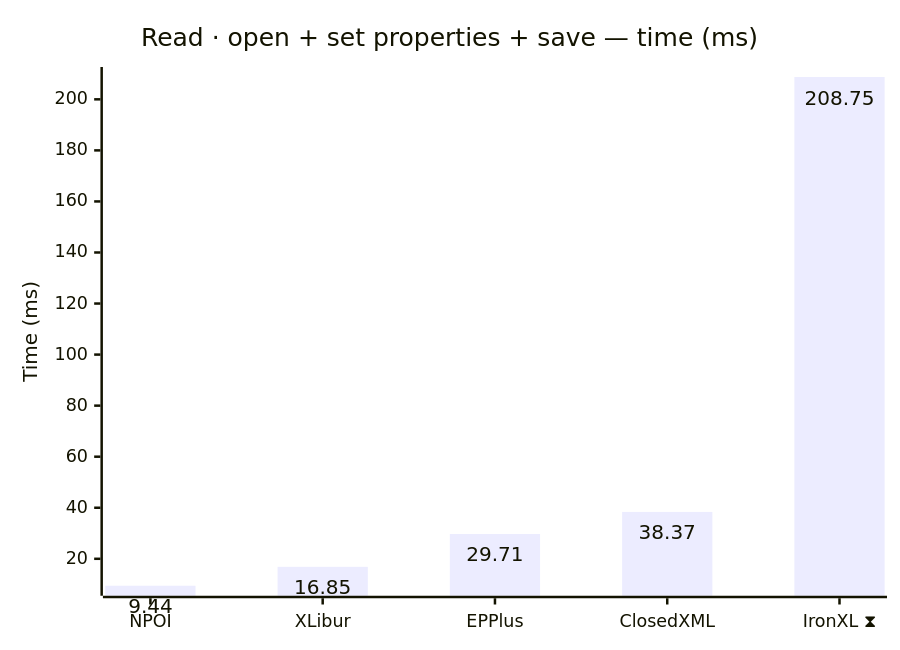
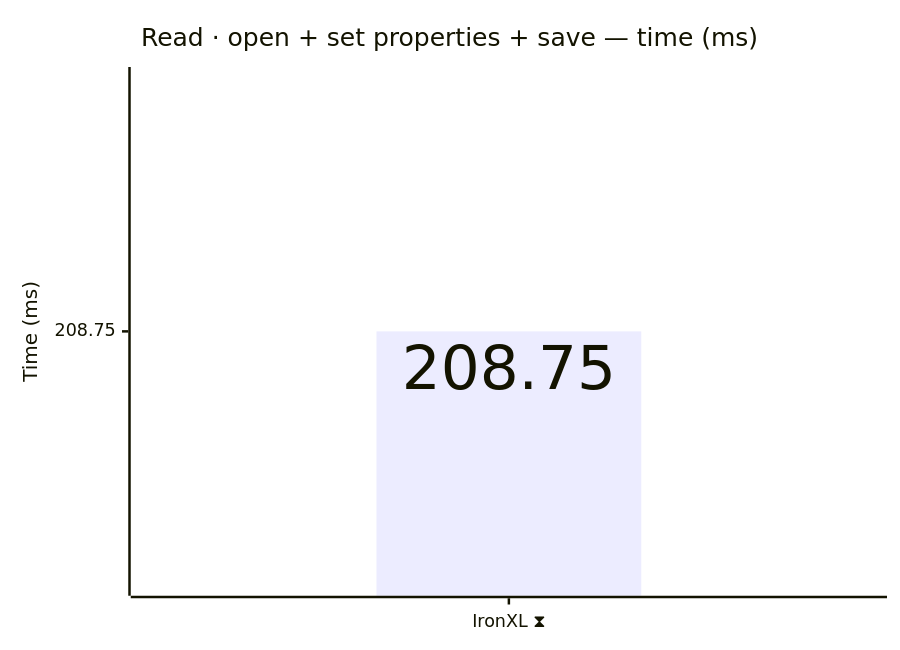
Before and after one commit to jafin/XLBench: the first of 12 diagrams in docs/results.md, drawn with Mermaid. The commit also changed other lines of this file and 2 other files, not shown here.

First line of the commit message:
chore(deps): bump XLibur to 0.310.1-beta.5 and republish

````diff
--- a/docs/results.md
+++ b/docs/results.md
@@ -39,12 +39,12 @@
 ```mermaid
 ---
 config:
   xyChart:
     showDataLabel: true
 ---
 xychart-beta
     title "Read · open + set properties + save — time (ms)"
-    x-axis ["NPOI", "XLibur", "EPPlus", "ClosedXML", "IronXL ⧗"]
+    x-axis ["IronXL ⧗"]
     y-axis "Time (ms)"
-    bar [9.44, 16.85, 29.71, 38.37, 208.75]
+    bar [208.75]
 ```
````
